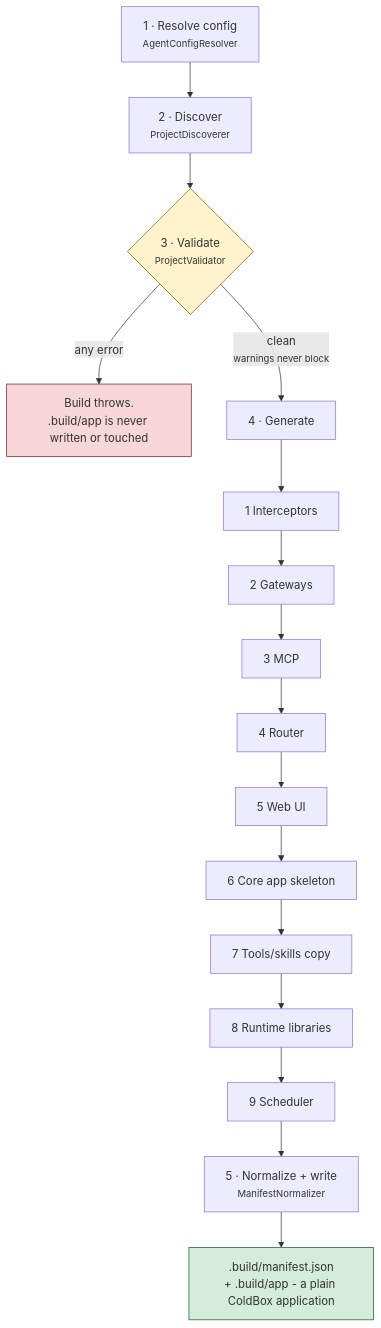
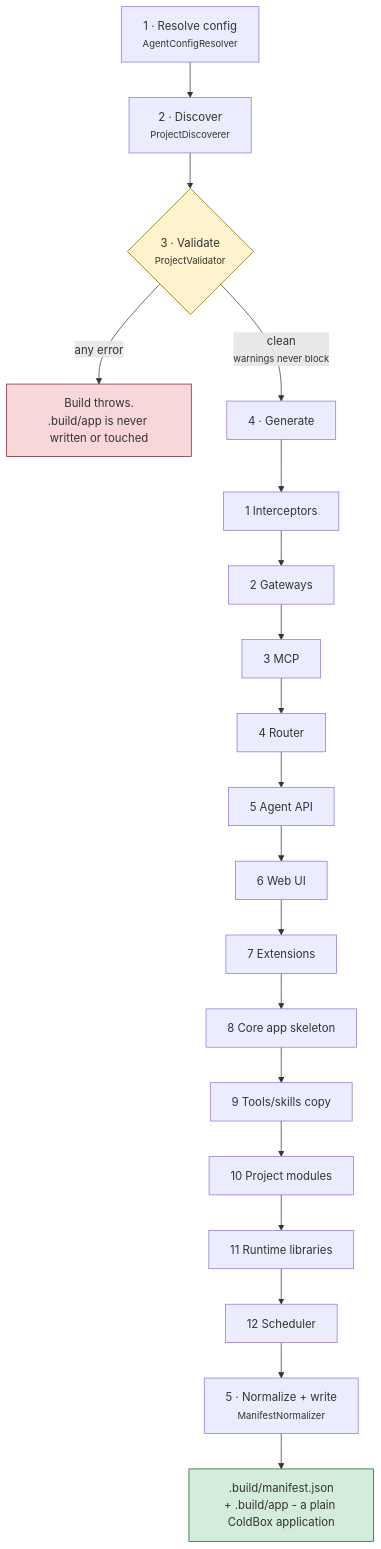
The diagram in docs/versions/1.0.x/build-pipeline.md (ortus-boxlang/bx-agents), drawn with Mermaid before and after one commit. The commit also changed other lines of this file and 47 other files, not shown here.

````diff
--- a/docs/versions/1.0.x/build-pipeline.md
+++ b/docs/versions/1.0.x/build-pipeline.md
@@ -13,15 +13,16 @@
 ```mermaid
 flowchart TD
     A["1 · Resolve config<br/><small>AgentConfigResolver</small>"] --> B["2 · Discover<br/><small>ProjectDiscoverer</small>"]
     B --> C{"3 · Validate<br/><small>ProjectValidator</small>"}
     C -->|"any error"| X["Build throws.<br/>.build/app is never written or touched"]
     C -->|"clean<br/><small>warnings never block</small>"| D["4 · Generate"]
     D --> D1["1 Interceptors"] --> D2["2 Gateways"] --> D3["3 MCP"] --> D4["4 Router"]
-    D4 --> D5["5 Web UI"] --> D6["6 Core app skeleton"] --> D7["7 Tools/skills copy"] --> D8["8 Runtime libraries"] --> D9["9 Scheduler"]
-    D9 --> E["5 · Normalize + write<br/><small>ManifestNormalizer</small>"]
+    D4 --> D5["5 Agent API"] --> D6["6 Web UI"] --> D7["7 Extensions"] --> D8["8 Core app skeleton"] --> D9["9 Tools/skills copy"]
+    D9 --> D10["10 Project modules"] --> D11["11 Runtime libraries"] --> D12["12 Scheduler"]
+    D12 --> E["5 · Normalize + write<br/><small>ManifestNormalizer</small>"]
     E --> F[".build/manifest.json<br/>+ .build/app - a plain ColdBox application"]
 
     style C fill:#fff3cd,stroke:#856404
     style X fill:#f8d7da,stroke:#721c24
     style F fill:#d4edda,stroke:#155724
 ```
````
